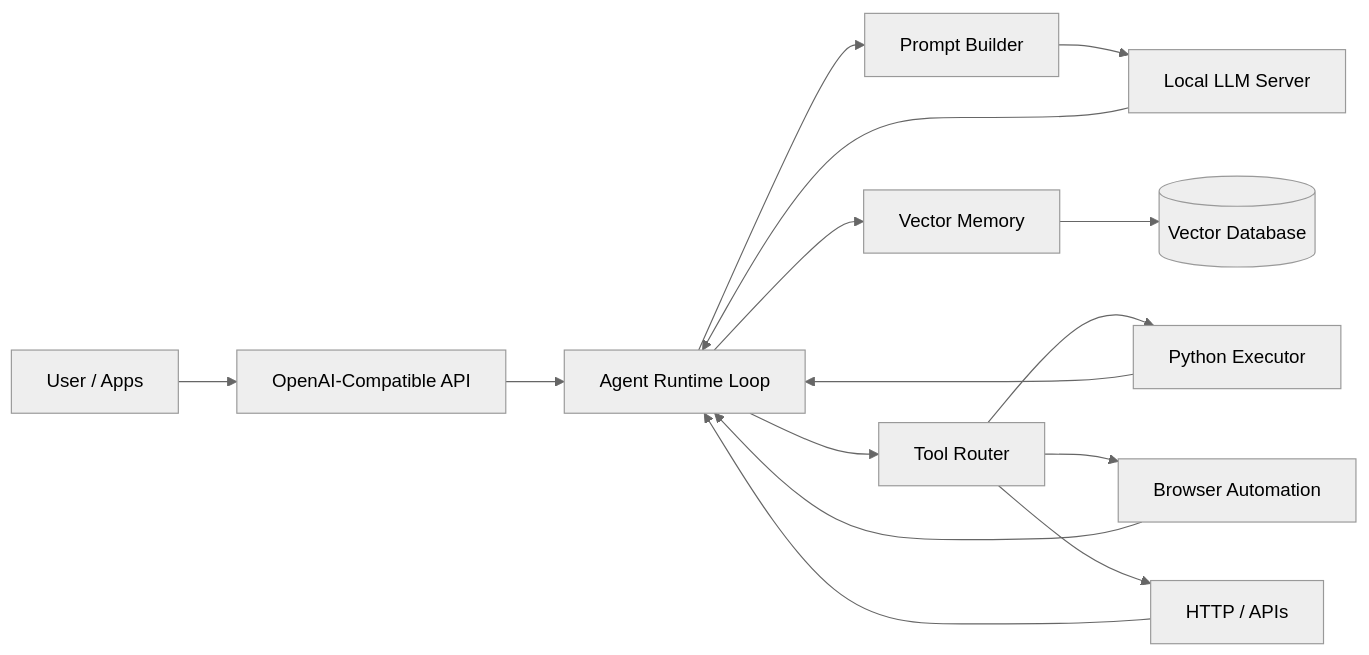
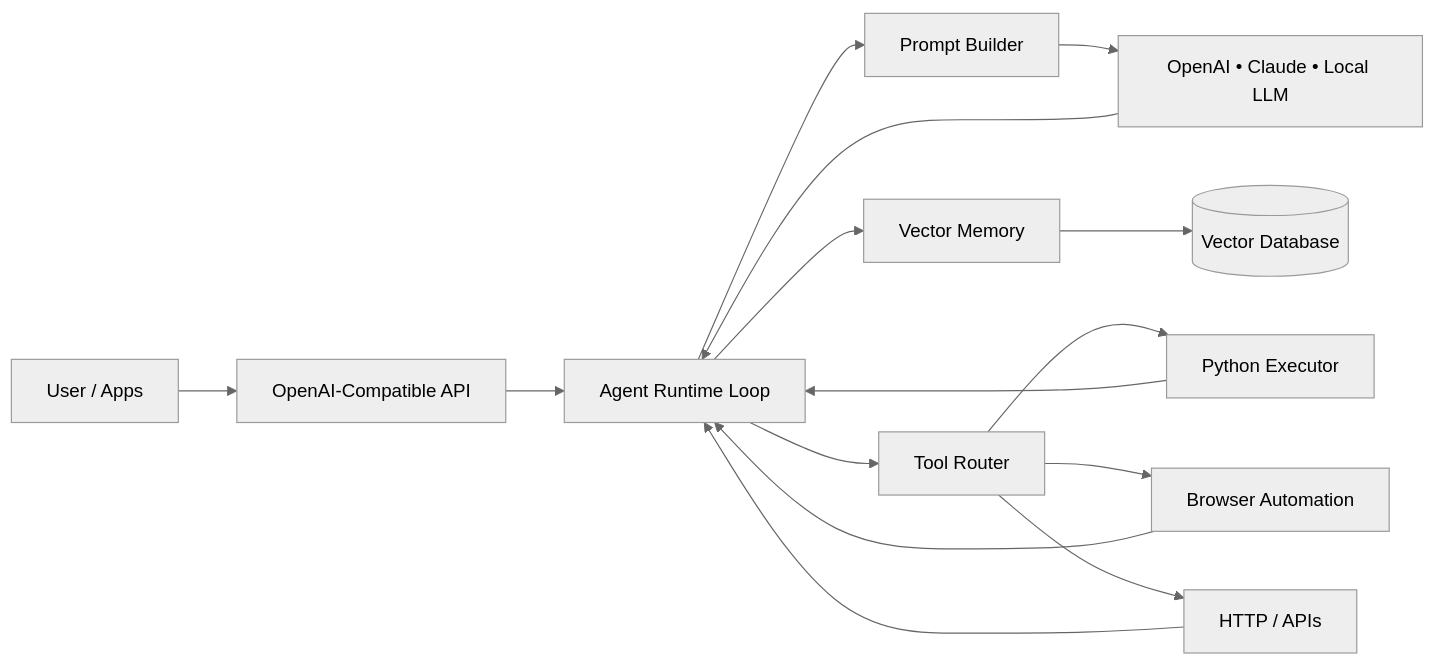
Before and after one commit to luisadrianpuga/mantis: the diagram in README.md, drawn with Mermaid (neutral theme). The commit also changed other lines of this file, not shown here.

````diff
--- a/README.md
+++ b/README.md
@@ -20,24 +60,24 @@
 ```mermaid
 flowchart LR
 
 User[User / Apps] --> API[OpenAI-Compatible API]
 
 API --> Agent[Agent Runtime Loop]
 
 Agent --> Prompt[Prompt Builder]
 Agent --> Memory[Vector Memory]
 Agent --> Tools[Tool Router]
 
-Prompt --> LLM[Local LLM Server]
+Prompt --> LLM[OpenAI • Claude • Local LLM]
 
 Memory --> VectorDB[(Vector Database)]
 
 Tools --> Python[Python Executor]
 Tools --> Browser[Browser Automation]
 Tools --> HTTP[HTTP / APIs]
 
 LLM --> Agent
 Python --> Agent
 Browser --> Agent
 HTTP --> Agent
 ```
````
